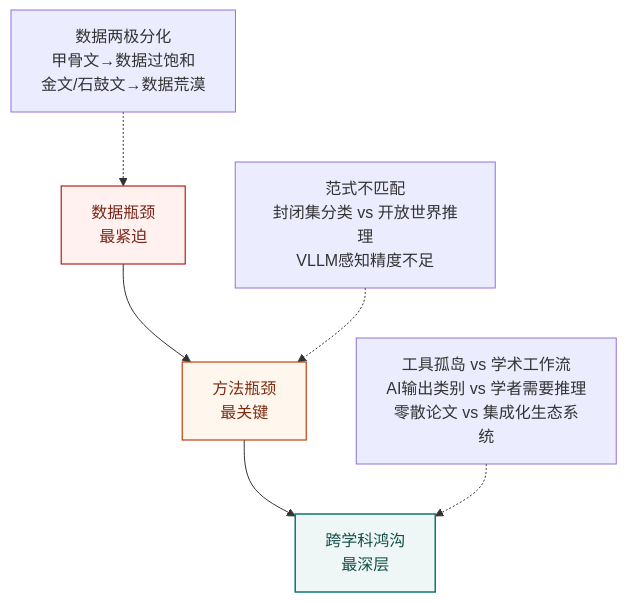
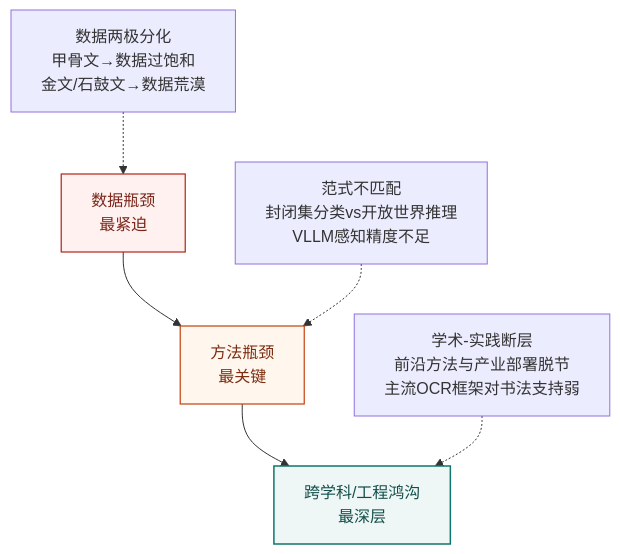
One commit to jfxia/shufa changed the third of 3 diagrams in report/汉字书法字体识别技术综述.md. Above: the diagram before and after it, drawn with Mermaid. The commit also changed other lines of this file, not shown here.

````diff
--- a/report/汉字书法字体识别技术综述.md
+++ b/report/汉字书法字体识别技术综述.md
@@ -247,17 +295,17 @@
 ```mermaid
 flowchart TB
   A[数据瓶颈<br/>最紧迫] --> B[方法瓶颈<br/>最关键]
-  B --> C[跨学科鸿沟<br/>最深层]
-  
+  B --> C[跨学科/工程鸿沟<br/>最深层]
+
   A1[数据两极分化<br/>甲骨文→数据过饱和<br/>金文/石鼓文→数据荒漠] -.-> A
-  B1[范式不匹配<br/>封闭集分类 vs 开放世界推理<br/>VLLM感知精度不足] -.-> B
-  C1[工具孤岛 vs 学术工作流<br/>AI输出类别 vs 学者需要推理<br/>零散论文 vs 集成化生态系统] -.-> C
+  B1[范式不匹配<br/>封闭集分类vs开放世界推理<br/>VLLM感知精度不足] -.-> B
+  C1[学术-实践断层<br/>前沿方法与产业部署脱节<br/>主流OCR框架对书法支持弱] -.-> C
 
   classDef core fill:#eef7f5,stroke:#0f766e,color:#134e4a,stroke-width:1.5px;
   classDef risk fill:#fff1f0,stroke:#b42318,color:#7a271a,stroke-width:1.2px;
   classDef warning fill:#fff7ed,stroke:#c2410c,color:#7c2d12,stroke-width:1.2px;
 
   class A risk;
   class B warning;
   class C core;
 ```
````
